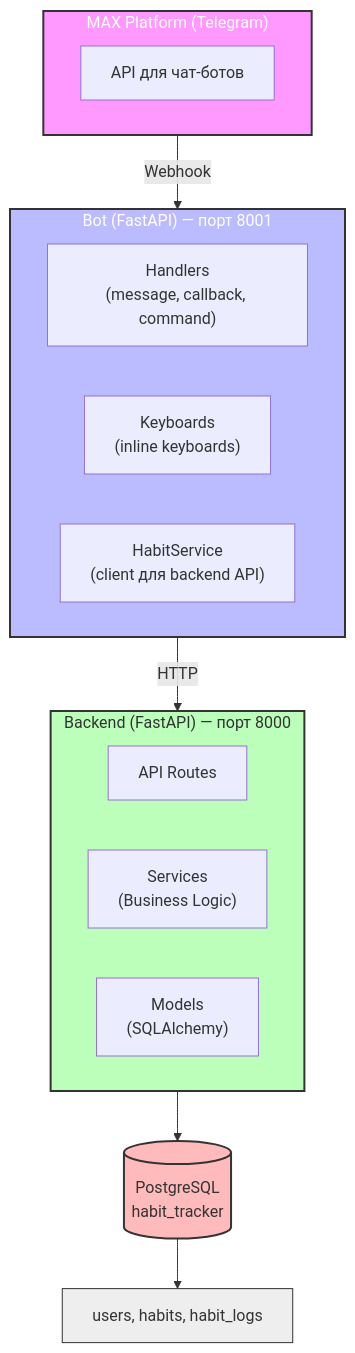
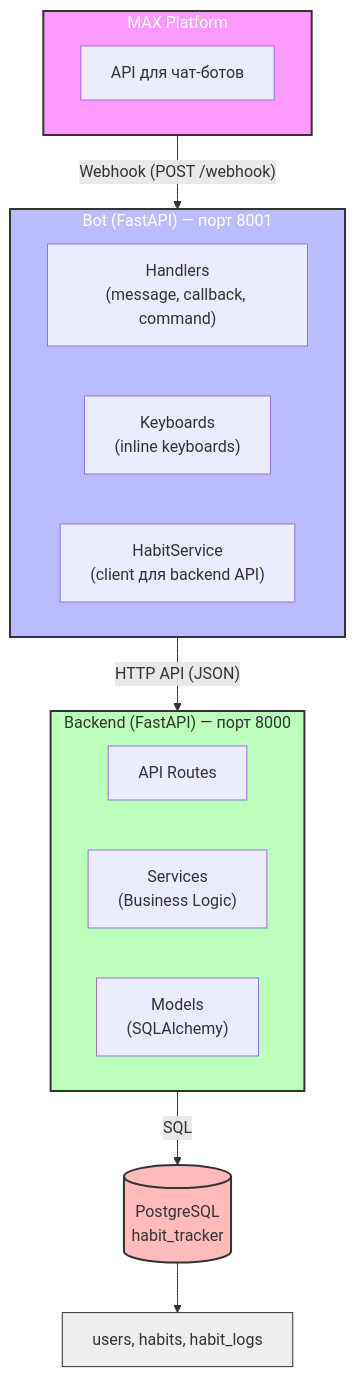
The diagram in README.md (Lenar24/TrackingHabits), drawn with Mermaid before and after one commit. The commit also changed other lines of this file, not shown here.

````diff
--- a/README.md
+++ b/README.md
@@ -202,34 +202,34 @@
 ```mermaid
 flowchart TB
-    subgraph MAX["MAX Platform (Telegram)"]
+    subgraph MAX["MAX Platform"]
         MAX1["API для чат-ботов"]
     end
     
-    MAX -->|"Webhook"| BOT
+    MAX -->|"Webhook (POST /webhook)"| BOT
     
     subgraph BOT["Bot (FastAPI) — порт 8001"]
         direction LR
         B1["Handlers<br/>(message, callback, command)"]
         B2["Keyboards<br/>(inline keyboards)"]
         B3["HabitService<br/>(client для backend API)"]
     end
     
-    BOT -->|"HTTP"| BACKEND
+    BOT -->|"HTTP API (JSON)"| BACKEND
     
     subgraph BACKEND["Backend (FastAPI) — порт 8000"]
         direction LR
         C1["API Routes"]
         C2["Services<br/>(Business Logic)"]
         C3["Models<br/>(SQLAlchemy)"]
     end
     
-    BACKEND --> DB[("PostgreSQL<br/>habit_tracker")]
+    BACKEND --> |"SQL"| DB[("PostgreSQL<br/>habit_tracker")]
     
     DB --> TABLES["users, habits, habit_logs"]
     
     style MAX fill:#f9f,stroke:#333,stroke-width:2px,color:#fff
     style BOT fill:#bbf,stroke:#333,stroke-width:2px,color:#fff
     style BACKEND fill:#bfb,stroke:#333,stroke-width:2px
     style DB fill:#fbb,stroke:#333,stroke-width:2px
     style TABLES fill:#eee,stroke:#333,stroke-width:1px
 ```
````
